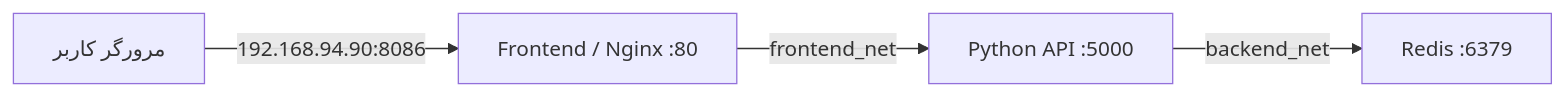
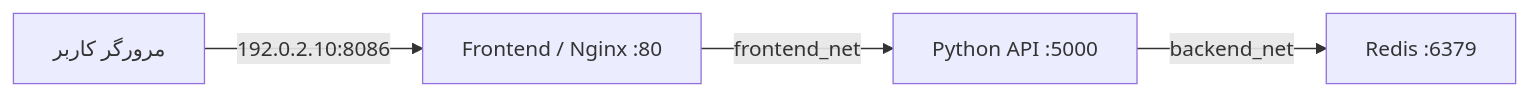
One commit to Arezoudehghan/docker-compose-labs changed the diagram in session-36-networks/docs/README.fa.md. Above: the diagram before and after it, drawn with Mermaid. The commit also changed other lines of this file and 9 other files, not shown here.

````diff
--- a/session-36-networks/docs/README.fa.md
+++ b/session-36-networks/docs/README.fa.md
@@ -15,6 +15,6 @@
 ```mermaid
 flowchart LR
-    Client["مرورگر کاربر"] -->|"192.168.94.90:8086"| Frontend["Frontend / Nginx :80"]
+    Client["مرورگر کاربر"] -->|"192.0.2.10:8086"| Frontend["Frontend / Nginx :80"]
     Frontend -->|"frontend_net"| API["Python API :5000"]
     API -->|"backend_net"| Redis["Redis :6379"]
 ```
````
